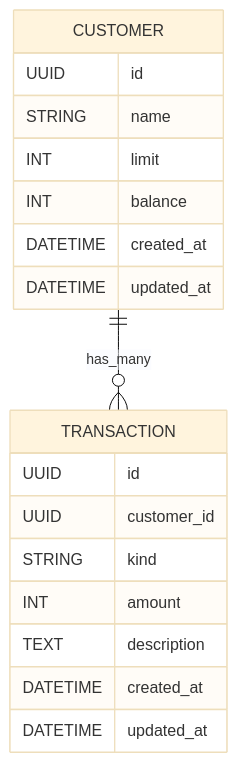
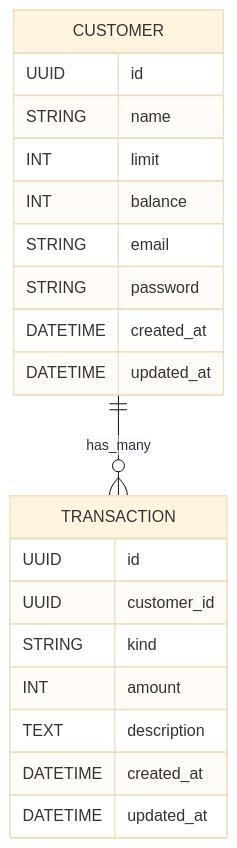
One commit to fabianoflorentino/blackpearl changed the second of 2 diagrams in README.md. Above: the diagram before and after it, drawn with Mermaid (base theme).

Commit message:
Add email and password fields to erDiagram

````diff
--- a/README.md
+++ b/README.md
@@ -59,23 +59,25 @@
 ```mermaid
 erDiagram
   CUSTOMER ||--o{ TRANSACTION : has_many
 
   CUSTOMER {
     UUID id
     STRING name
     INT limit
     INT balance
+    STRING email
+    STRING password
     DATETIME created_at
     DATETIME updated_at
   }
 
   TRANSACTION {
     UUID id
     UUID customer_id
     STRING kind
     INT amount
     TEXT description
     DATETIME created_at
     DATETIME updated_at
   }
 ```
````
